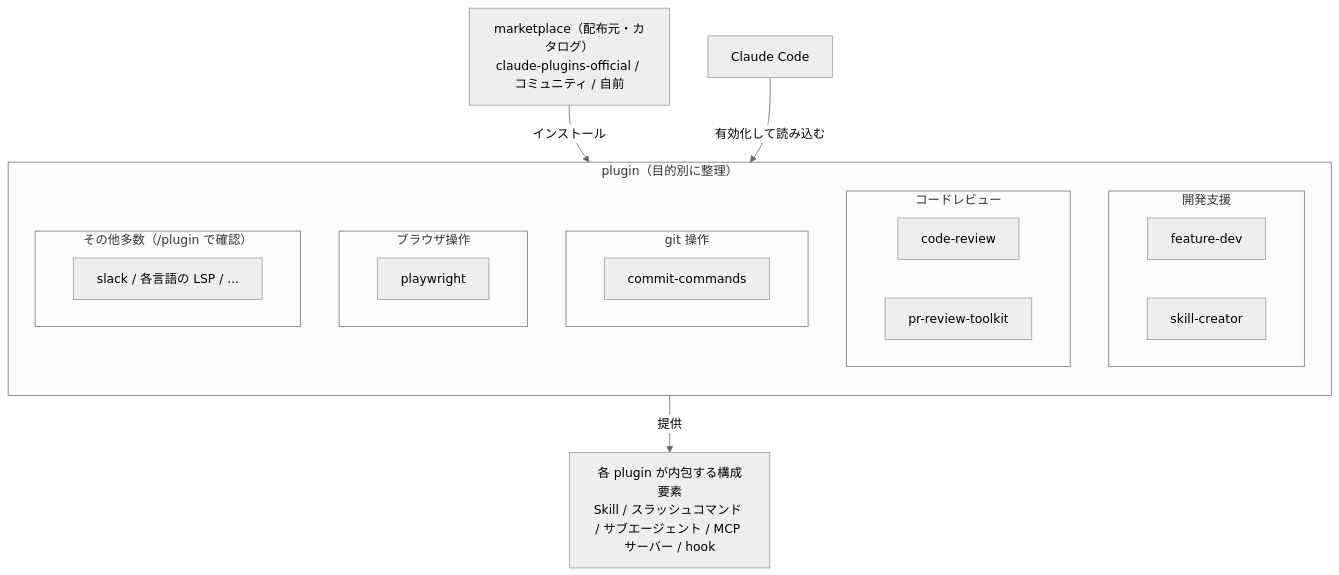
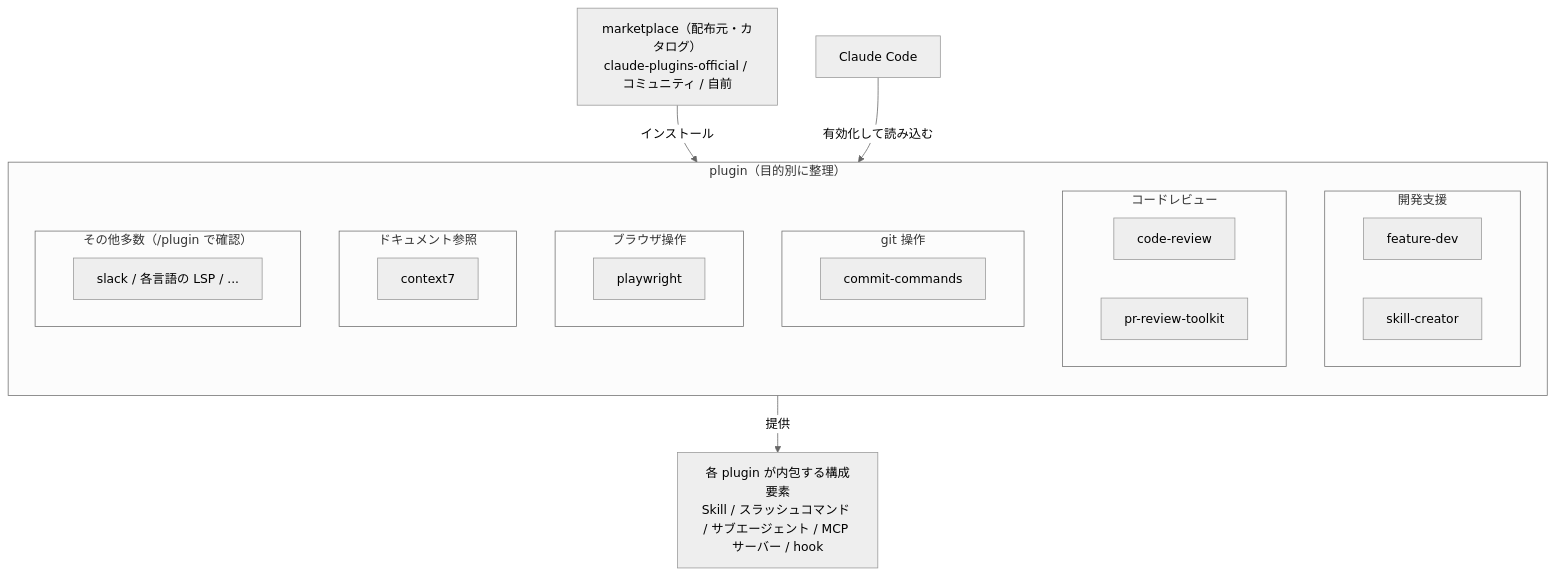
Before and after one commit to Yagami360/ai-product-dev-tips: the diagram in dev_optimize/7/README.md, drawn with Mermaid (neutral theme). The commit also changed other lines of this file, not shown here.

Commit message:
dev_optimize/7 更新: plugin 機能の Tip に Context7 を追加(MCP/Skill/docs-researcher/コマンド)

````diff
--- a/dev_optimize/7/README.md
+++ b/dev_optimize/7/README.md
@@ -20,32 +20,35 @@
 ```mermaid
 flowchart TB
     CC[Claude Code]
     MP["marketplace（配布元・カタログ）<br>claude-plugins-official / コミュニティ / 自前"]
 
     subgraph plugins["plugin（目的別に整理）"]
         direction TB
         subgraph dev[開発支援]
             FD[feature-dev]
             SC[skill-creator]
         end
         subgraph review[コードレビュー]
             CR[code-review]
             PRT[pr-review-toolkit]
         end
         subgraph git[git 操作]
             CMD[commit-commands]
         end
         subgraph browser[ブラウザ操作]
             PW[playwright]
         end
+        subgraph docs[ドキュメント参照]
+            C7[context7]
+        end
         subgraph other["その他多数（/plugin で確認）"]
             ETC["slack / 各言語の LSP / ..."]
         end
     end
 
     COMP["各 plugin が内包する構成要素<br>Skill / スラッシュコマンド / サブエージェント / MCP サーバー / hook"]
 
     MP -->|インストール| plugins
     CC -->|有効化して読み込む| plugins
     plugins -->|提供| COMP
 ```
````
